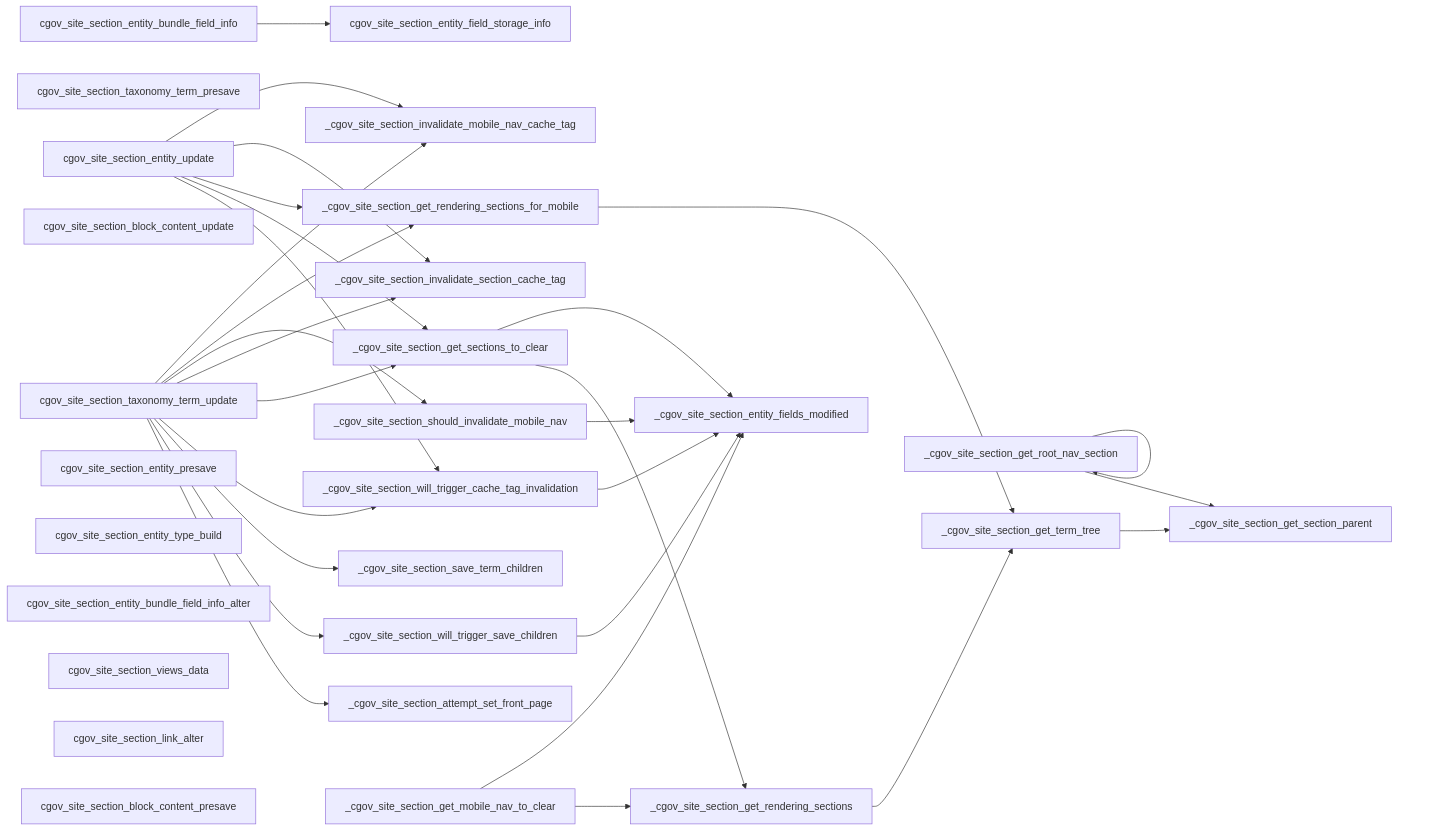
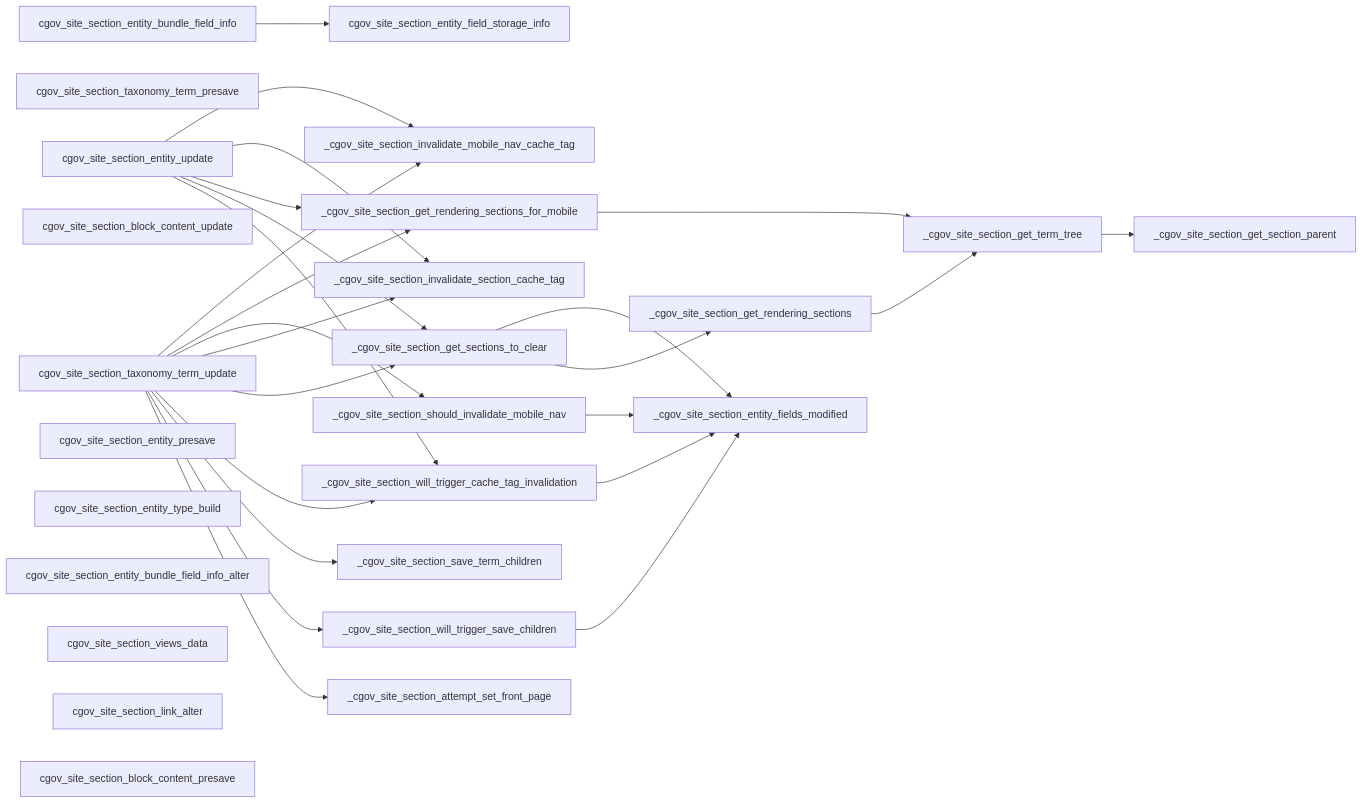
Before and after one commit to NCIOCPL/cgov-digital-platform: the diagram in docroot/profiles/custom/cgov_site/modules/custom/cgov_site_section/cgov_site_section.module.md, drawn with Mermaid. The commit also changed 1 other file, not shown here.

Commit message:
cgov_site_section.module - Remove unused functions   - _cgov_site_section_get_mobile_nav_to_clear   - _cgov_site_section_get_root_nav_section

````diff
--- a/docroot/profiles/custom/cgov_site/modules/custom/cgov_site_section/cgov_site_section.module.md
+++ b/docroot/profiles/custom/cgov_site/modules/custom/cgov_site_section/cgov_site_section.module.md
@@ -4,75 +4,69 @@
 ```mermaid
 graph LR
   cgov_site_section_entity_field_storage_info
 
   cgov_site_section_entity_bundle_field_info-->cgov_site_section_entity_field_storage_info
 
   cgov_site_section_taxonomy_term_presave
 
   cgov_site_section_entity_update-->_cgov_site_section_will_trigger_cache_tag_invalidation
   cgov_site_section_entity_update-->_cgov_site_section_get_sections_to_clear
   cgov_site_section_entity_update-->_cgov_site_section_get_rendering_sections_for_mobile
   cgov_site_section_entity_update-->_cgov_site_section_invalidate_section_cache_tag
   cgov_site_section_entity_update-->_cgov_site_section_invalidate_mobile_nav_cache_tag
 
   cgov_site_section_block_content_update
 
   cgov_site_section_taxonomy_term_update-->_cgov_site_section_attempt_set_front_page
   cgov_site_section_taxonomy_term_update-->_cgov_site_section_will_trigger_save_children
   cgov_site_section_taxonomy_term_update-->_cgov_site_section_save_term_children
   cgov_site_section_taxonomy_term_update-->_cgov_site_section_will_trigger_cache_tag_invalidation
   cgov_site_section_taxonomy_term_update-->_cgov_site_section_get_sections_to_clear
   cgov_site_section_taxonomy_term_update-->_cgov_site_section_invalidate_section_cache_tag
   cgov_site_section_taxonomy_term_update-->_cgov_site_section_should_invalidate_mobile_nav
   cgov_site_section_taxonomy_term_update-->_cgov_site_section_get_rendering_sections_for_mobile
   cgov_site_section_taxonomy_term_update-->_cgov_site_section_invalidate_mobile_nav_cache_tag
 
 
   _cgov_site_section_get_sections_to_clear-->_cgov_site_section_get_rendering_sections
   _cgov_site_section_get_sections_to_clear-->_cgov_site_section_entity_fields_modified
 
-  _cgov_site_section_get_mobile_nav_to_clear-->_cgov_site_section_get_rendering_sections
-  _cgov_site_section_get_mobile_nav_to_clear-->_cgov_site_section_entity_fields_modified
-
   _cgov_site_section_invalidate_section_cache_tag
 
   _cgov_site_section_invalidate_mobile_nav_cache_tag
 
   _cgov_site_section_save_term_children
 
   _cgov_site_section_will_trigger_save_children-->_cgov_site_section_entity_fields_modified
 
   _cgov_site_section_will_trigger_cache_tag_invalidation-->_cgov_site_section_entity_fields_modified
 
   _cgov_site_section_should_invalidate_mobile_nav-->_cgov_site_section_entity_fields_modified
 
   _cgov_site_section_entity_fields_modified
 
   _cgov_site_section_attempt_set_front_page
 
   cgov_site_section_entity_presave
 
   cgov_site_section_entity_type_build
 
   cgov_site_section_entity_bundle_field_info_alter
 
   cgov_site_section_views_data
 
-  _cgov_site_section_get_root_nav_section-->_cgov_site_section_get_section_parent
-  _cgov_site_section_get_root_nav_section-->_cgov_site_section_get_root_nav_section
-
   _cgov_site_section_get_rendering_sections-->_cgov_site_section_get_term_tree
 
   _cgov_site_section_get_rendering_sections_for_mobile-->_cgov_site_section_get_term_tree
 
   _cgov_site_section_get_term_tree-->_cgov_site_section_get_section_parent
 
   _cgov_site_section_get_section_parent
 
   cgov_site_section_link_alter
 
   cgov_site_section_block_content_presave
 
 
 
 ```
````
